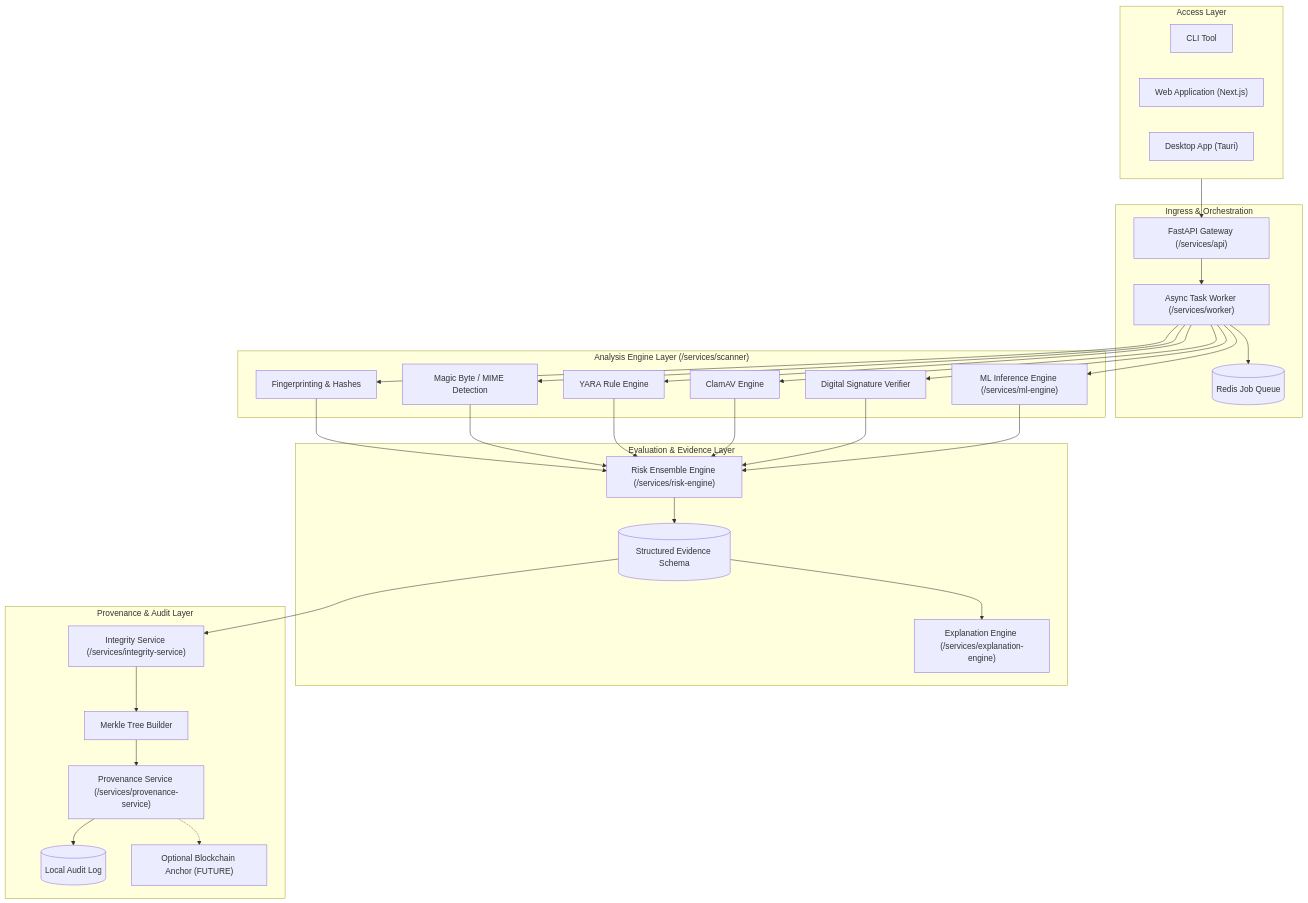
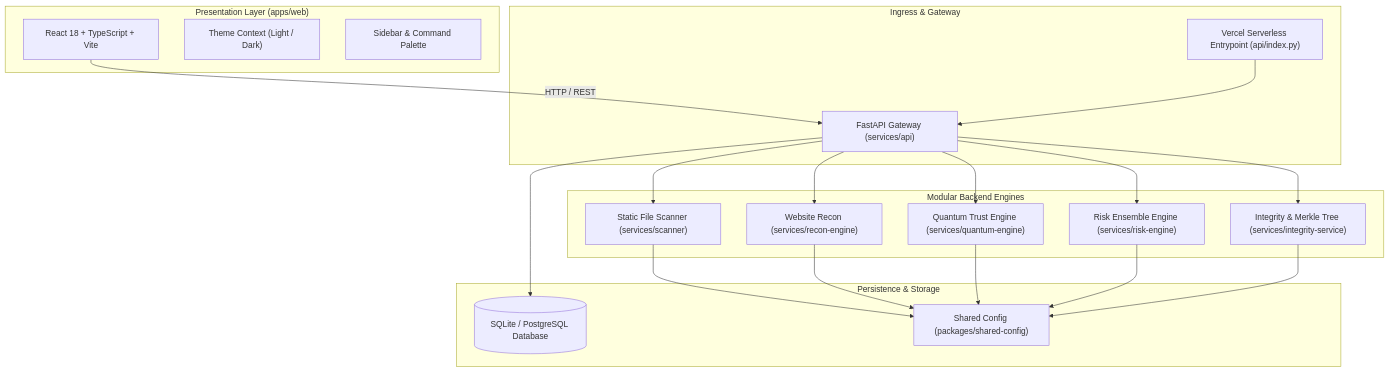
One commit to nakul09i/NeuroCraft changed the diagram in README.md. Above: the diagram before and after it, drawn with Mermaid. The commit also changed other lines of this file and 25 other files, not shown here.

````diff
--- a/README.md
+++ b/README.md
@@ -53,49 +91,36 @@
 ```mermaid
 flowchart TD
-    subgraph Clients["Access Layer"]
-        CLI["CLI Tool"]
-        Web["Web Application (Next.js)"]
-        Desk["Desktop App (Tauri)"]
+    subgraph Client["Presentation Layer (apps/web)"]
+        UI["React 18 + TypeScript + Vite"]
+        Theme["Theme Context (Light / Dark)"]
+        Nav["Sidebar & Command Palette"]
     end
 
-    subgraph Gateway["Ingress & Orchestration"]
-        API["FastAPI Gateway (/services/api)"]
-        Worker["Async Task Worker (/services/worker)"]
-        Queue[("Redis Job Queue")]
+    subgraph Ingress["Ingress & Gateway"]
+        VercelEntry["Vercel Serverless Entrypoint (api/index.py)"]
+        FastAPI["FastAPI Gateway (services/api)"]
     end
 
-    subgraph Scanner["Analysis Engine Layer (/services/scanner)"]
-        FP["Fingerprinting & Hashes"]
-        Magic["Magic Byte / MIME Detection"]
-        YARA["YARA Rule Engine"]
-        Clam["ClamAV Engine"]
-        SigVer["Digital Signature Verifier"]
-        MLEng["ML Inference Engine (/services/ml-engine)"]
+    subgraph Engines["Modular Backend Engines"]
+        Scanner["Static File Scanner (services/scanner)"]
+        Recon["Website Recon (services/recon-engine)"]
+        Quantum["Quantum Trust Engine (services/quantum-engine)"]
+        Risk["Risk Ensemble Engine (services/risk-engine)"]
+        Integrity["Integrity & Merkle Tree (services/integrity-service)"]
     end
 
-    subgraph Risk["Evaluation & Evidence Layer"]
-        RiskEng["Risk Ensemble Engine (/services/risk-engine)"]
-        EvidenceStore[("Structured Evidence Schema")]
-        ExplainEng["Explanation Engine (/services/explanation-engine)"]
+    subgraph Data["Persistence & Storage"]
+        DB[("SQLite / PostgreSQL Database")]
+        Config["Shared Config (packages/shared-config)"]
     end
 
-    subgraph Integrity["Provenance & Audit Layer"]
-        IntegServ["Integrity Service (/services/integrity-service)"]
-        Merkle["Merkle Tree Builder"]
-        ProvServ["Provenance Service (/services/provenance-service)"]
-        Ledger[("Local Audit Log")]
-        Chain["Optional Blockchain Anchor (FUTURE)"]
-    end
-
-    Clients --> API
-    API --> Worker
-    Worker --> Queue
-    Worker --> FP & Magic & YARA & Clam & SigVer & MLEng
-    FP & Magic & YARA & Clam & SigVer & MLEng --> RiskEng
-    RiskEng --> EvidenceStore
-    EvidenceStore --> ExplainEng
-    EvidenceStore --> IntegServ
-    IntegServ --> Merkle --> ProvServ
-    ProvServ --> Ledger
-    ProvServ -.-> Chain
+    UI -->|HTTP / REST| FastAPI
+    VercelEntry --> FastAPI
+    FastAPI --> Scanner
+    FastAPI --> Recon
+    FastAPI --> Quantum
+    FastAPI --> Risk
+    FastAPI --> Integrity
+    FastAPI --> DB
+    Scanner & Recon & Quantum & Risk & Integrity --> Config
 ```
````
